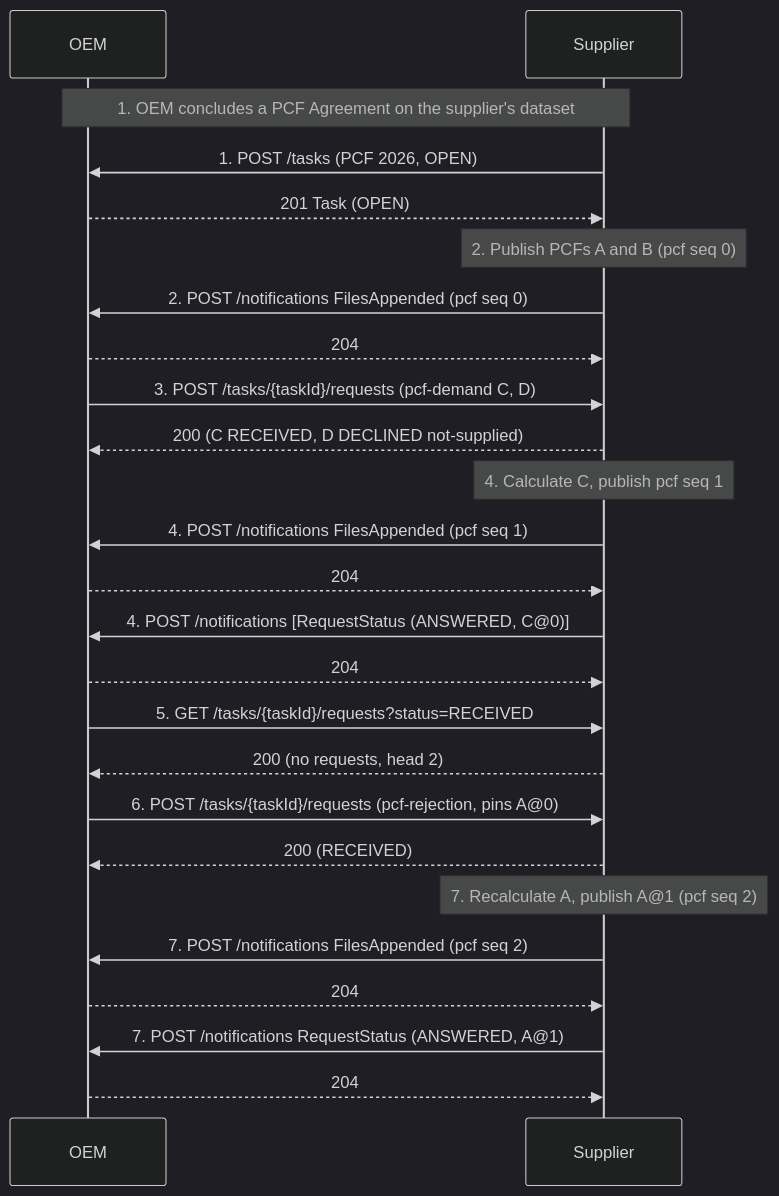
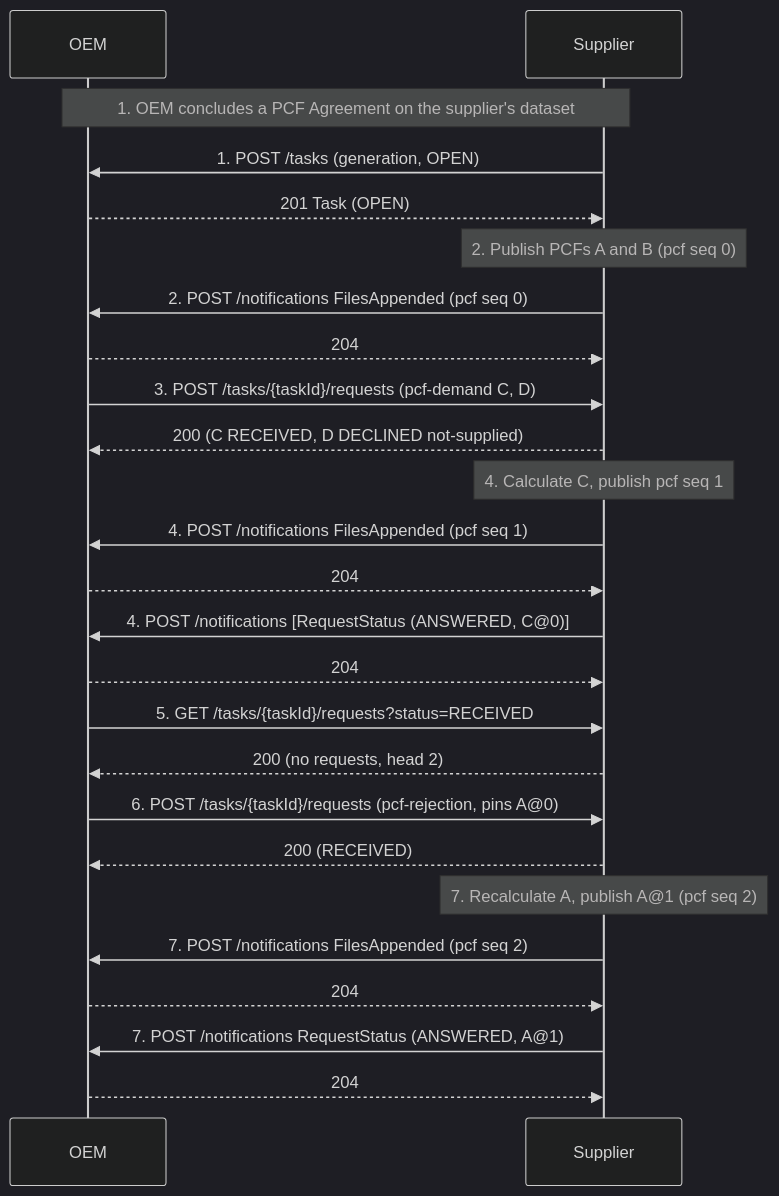
The fourth of 4 diagrams in specs/stc/task-collaboration-walkthroughs.md (Metaform/dsaf-specs), drawn with Mermaid (dark theme) before and after one commit. The commit also changed other lines of this file and 3 other files, not shown here.

````diff
--- a/specs/stc/task-collaboration-walkthroughs.md
+++ b/specs/stc/task-collaboration-walkthroughs.md
@@ -532,27 +531,27 @@
 ```mermaid
 sequenceDiagram
     participant OEM
     participant Supplier
     Note over OEM,Supplier: 1. OEM concludes a PCF Agreement on the supplier's dataset
-    Supplier->>OEM: 1. POST /tasks (PCF 2026, OPEN)
+    Supplier->>OEM: 1. POST /tasks (generation, OPEN)
     OEM-->>Supplier: 201 Task (OPEN)
     Note over Supplier: 2. Publish PCFs A and B (pcf seq 0)
     Supplier->>OEM: 2. POST /notifications FilesAppended (pcf seq 0)
     OEM-->>Supplier: 204
     OEM->>Supplier: 3. POST /tasks/{taskId}/requests (pcf-demand C, D)
     Supplier-->>OEM: 200 (C RECEIVED, D DECLINED not-supplied)
     Note over Supplier: 4. Calculate C, publish pcf seq 1
     Supplier->>OEM: 4. POST /notifications FilesAppended (pcf seq 1)
     OEM-->>Supplier: 204
     Supplier->>OEM: 4. POST /notifications [RequestStatus (ANSWERED, C@0)]
     OEM-->>Supplier: 204
     OEM->>Supplier: 5. GET /tasks/{taskId}/requests?status=RECEIVED
     Supplier-->>OEM: 200 (no requests, head 2)
     OEM->>Supplier: 6. POST /tasks/{taskId}/requests (pcf-rejection, pins A@0)
     Supplier-->>OEM: 200 (RECEIVED)
     Note over Supplier: 7. Recalculate A, publish A@1 (pcf seq 2)
     Supplier->>OEM: 7. POST /notifications FilesAppended (pcf seq 2)
     OEM-->>Supplier: 204
     Supplier->>OEM: 7. POST /notifications RequestStatus (ANSWERED, A@1)
     OEM-->>Supplier: 204
 ```
````
